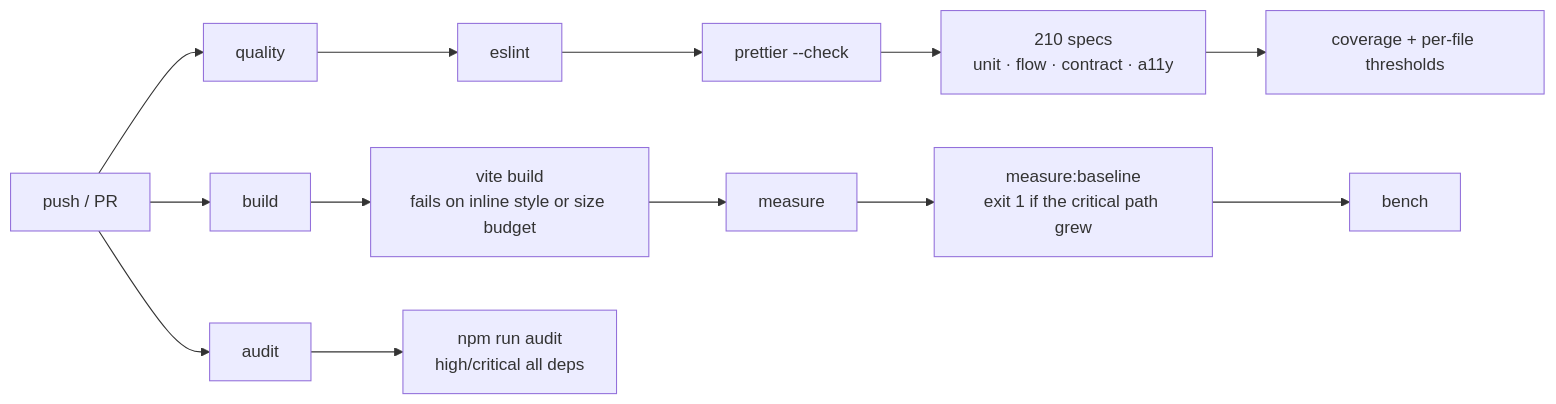
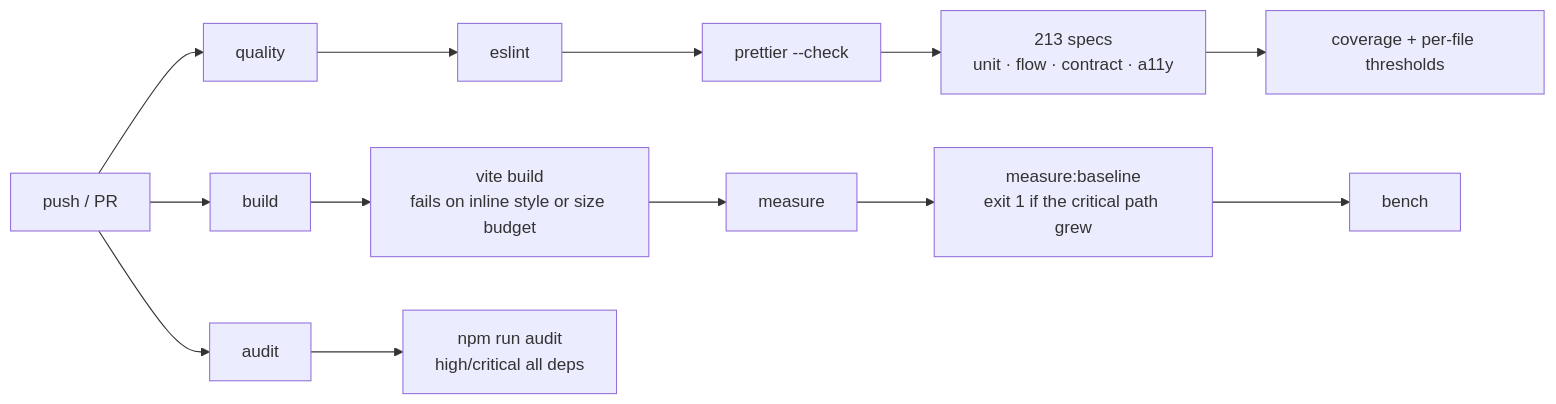
One commit to YASLOGIST/urlf-up changed diagram 11 of 11 in README.md. Above: the diagram before and after it, drawn with Mermaid. The commit also changed other lines of this file and 8 other files, not shown here.

````diff
--- a/README.md
+++ b/README.md
@@ -773,9 +773,9 @@
 ```mermaid
 graph LR
   P["push / PR"] --> Q["quality"]
   P --> B["build"]
   P --> D["audit"]
-  Q --> Q1["eslint"] --> Q2["prettier --check"] --> Q3["210 specs<br/>unit · flow · contract · a11y"] --> Q4["coverage + per-file thresholds"]
+  Q --> Q1["eslint"] --> Q2["prettier --check"] --> Q3["213 specs<br/>unit · flow · contract · a11y"] --> Q4["coverage + per-file thresholds"]
   B --> B1["vite build<br/>fails on inline style or size budget"] --> B2["measure"] --> B3["measure:baseline<br/>exit 1 if the critical path grew"] --> B4["bench"]
   D --> D1["npm run audit<br/>high/critical all deps"]
 ```
````
